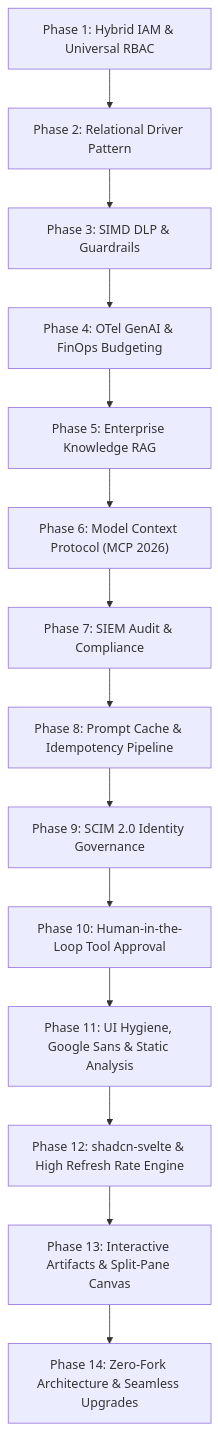
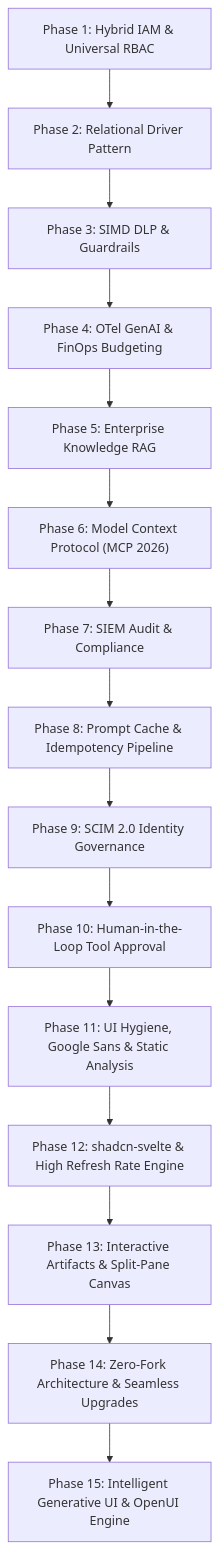
The diagram in docs/roadmap/00_ROADMAP_OVERVIEW.md (ihkaru/lumis), drawn with Mermaid before and after one commit. The commit also changed other lines of this file and 6 other files, not shown here.

Commit message:
docs: document Phase 15 Intelligent Generative UI in README and roadmap

````diff
--- a/docs/roadmap/00_ROADMAP_OVERVIEW.md
+++ b/docs/roadmap/00_ROADMAP_OVERVIEW.md
@@ -29,16 +29,17 @@
 ```mermaid
 flowchart TD
     P1["Phase 1: Hybrid IAM & Universal RBAC"] --> P2["Phase 2: Relational Driver Pattern"]
     P2 --> P3["Phase 3: SIMD DLP & Guardrails"]
     P3 --> P4["Phase 4: OTel GenAI & FinOps Budgeting"]
     P4 --> P5["Phase 5: Enterprise Knowledge RAG"]
     P5 --> P6["Phase 6: Model Context Protocol (MCP 2026)"]
     P6 --> P7["Phase 7: SIEM Audit & Compliance"]
     P7 --> P8["Phase 8: Prompt Cache & Idempotency Pipeline"]
     P8 --> P9["Phase 9: SCIM 2.0 Identity Governance"]
     P9 --> P10["Phase 10: Human-in-the-Loop Tool Approval"]
     P10 --> P11["Phase 11: UI Hygiene, Google Sans & Static Analysis"]
     P11 --> P12["Phase 12: shadcn-svelte & High Refresh Rate Engine"]
     P12 --> P13["Phase 13: Interactive Artifacts & Split-Pane Canvas"]
     P13 --> P14["Phase 14: Zero-Fork Architecture & Seamless Upgrades"]
+    P14 --> P15["Phase 15: Intelligent Generative UI & OpenUI Engine"]
 ```
````
